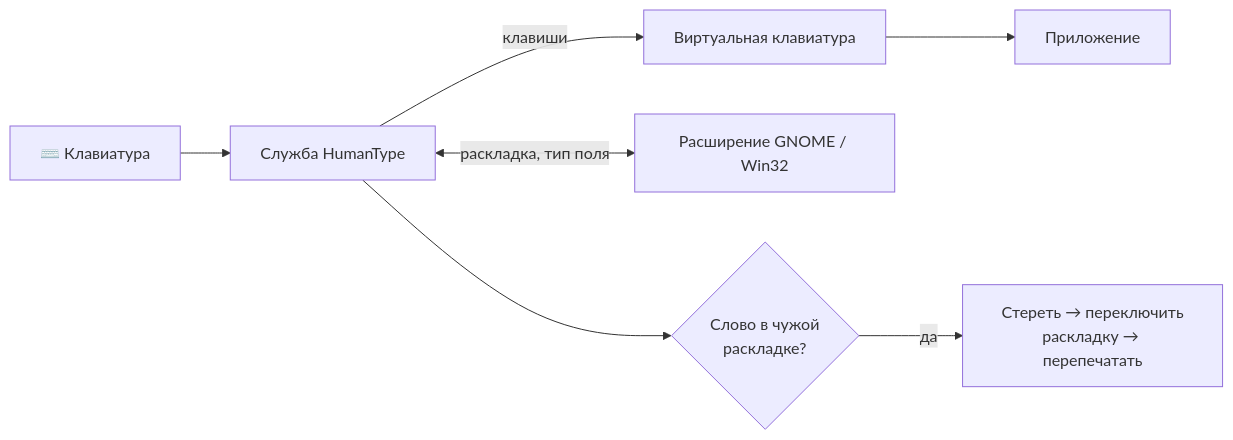
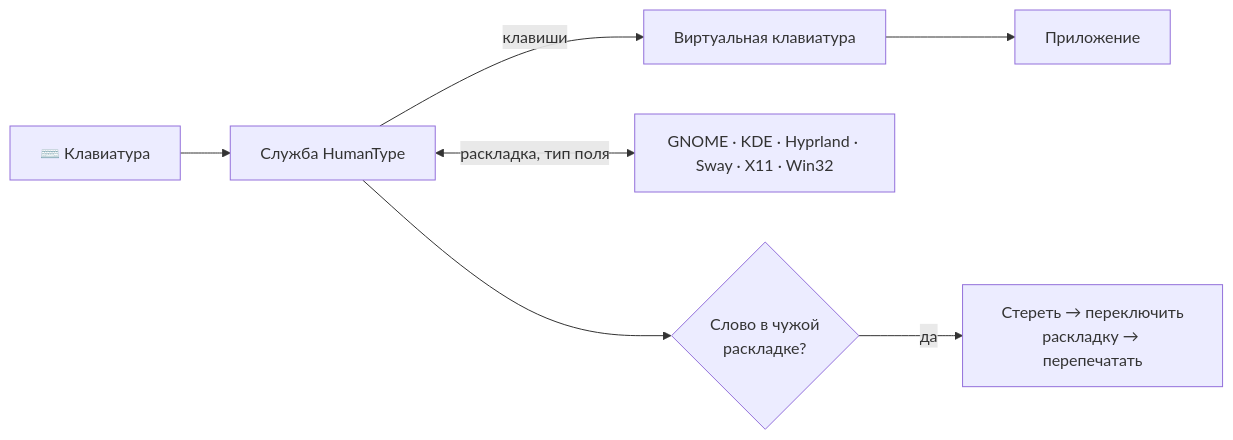
Before and after one commit to Ms0Skrin/HumanType: the diagram in README.md, drawn with Mermaid. The commit also changed other lines of this file and 16 other files, not shown here.

First line of the commit message:
Linux: KDE Plasma, Hyprland, Sway и X11; значок в трее; AT-SPI для полей

````diff
--- a/README.md
+++ b/README.md
@@ -84,8 +98,8 @@
 ```mermaid
 flowchart LR
     K[⌨️ Клавиатура] --> D[Служба HumanType]
     D -- клавиши --> T[Виртуальная клавиатура] --> A[Приложение]
-    D <-- раскладка, тип поля --> S[Расширение GNOME / Win32]
+    D <-- раскладка, тип поля --> S[GNOME · KDE · Hyprland · Sway · X11 · Win32]
     D --> E{Слово в чужой<br>раскладке?}
     E -- да --> F[Стереть → переключить<br>раскладку → перепечатать]
 ```
````
